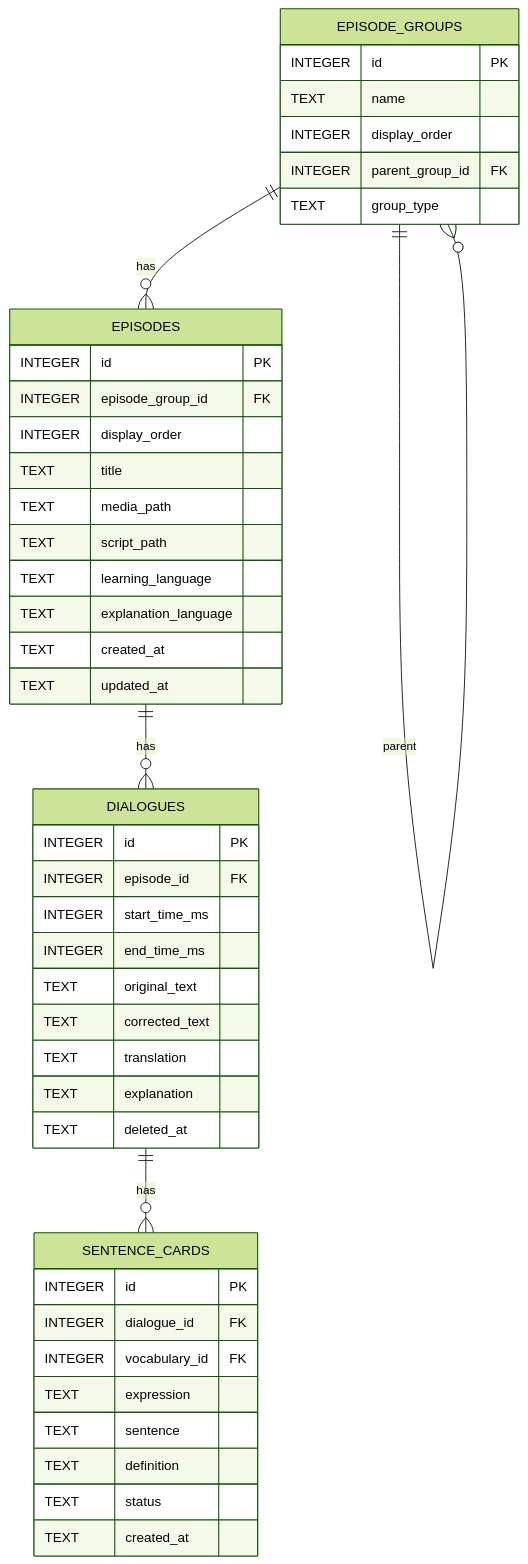
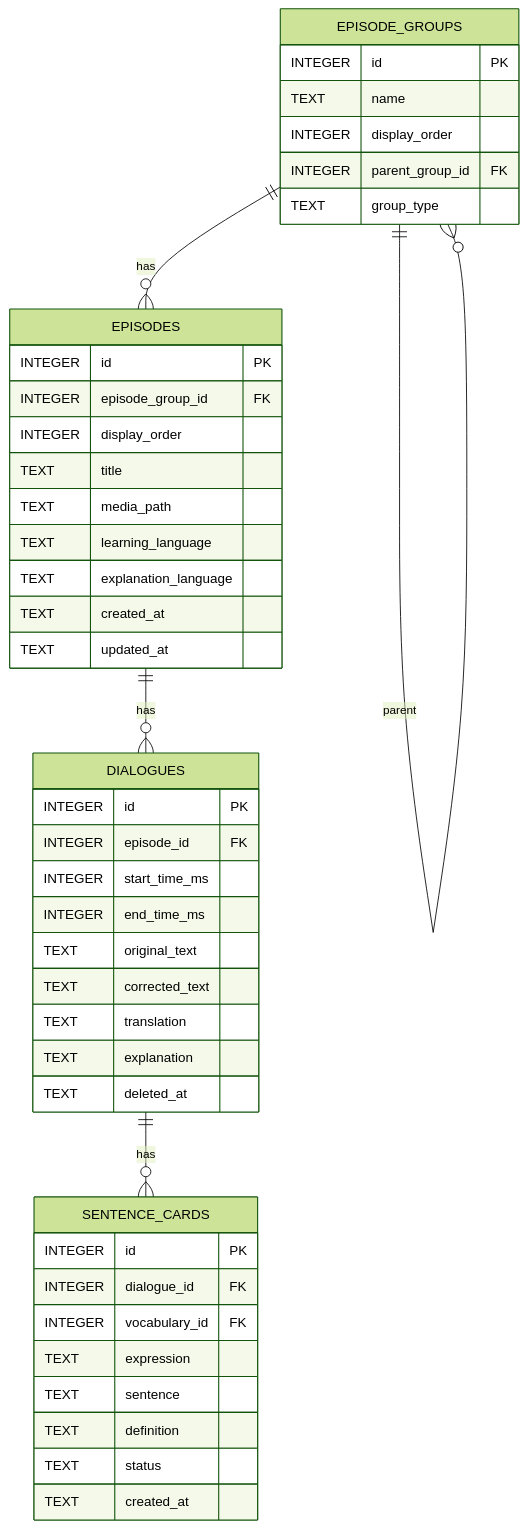
The second of 2 diagrams in doc/technical_specifications.md (k5n/kotonoha), drawn with Mermaid (forest theme) before and after one commit. The commit also changed other lines of this file and 4 other files, not shown here.

Commit message:
refactor: remove script_path from episodes table and related logic

````diff
--- a/doc/technical_specifications.md
+++ b/doc/technical_specifications.md
@@ -159,48 +159,47 @@
 ```mermaid
 erDiagram
     EPISODE_GROUPS {
         INTEGER id PK
         TEXT name
         INTEGER display_order
         INTEGER parent_group_id FK
         TEXT group_type
     }
     EPISODES {
         INTEGER id PK
         INTEGER episode_group_id FK
         INTEGER display_order
         TEXT title
         TEXT media_path
-        TEXT script_path
         TEXT learning_language
         TEXT explanation_language
         TEXT created_at
         TEXT updated_at
     }
     DIALOGUES {
         INTEGER id PK
         INTEGER episode_id FK
         INTEGER start_time_ms
         INTEGER end_time_ms
         TEXT original_text
         TEXT corrected_text
         TEXT translation
         TEXT explanation
         TEXT deleted_at
     }
     SENTENCE_CARDS {
         INTEGER id PK
         INTEGER dialogue_id FK
         INTEGER vocabulary_id FK
         TEXT expression
         TEXT sentence
         TEXT definition
         TEXT status
         TEXT created_at
     }
 
     EPISODE_GROUPS ||--o{ EPISODE_GROUPS : "parent"
     EPISODE_GROUPS ||--o{ EPISODES : "has"
     EPISODES ||--o{ DIALOGUES : "has"
     DIALOGUES ||--o{ SENTENCE_CARDS : "has"
 ```
````
